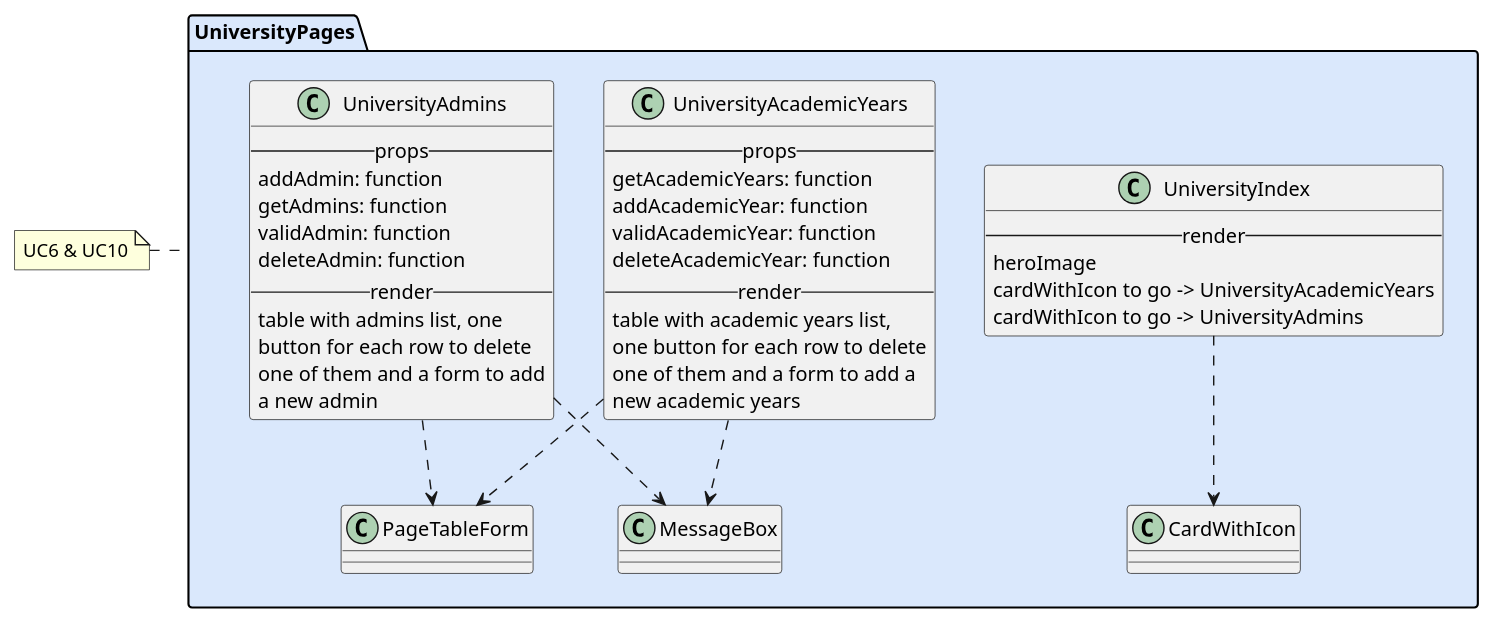
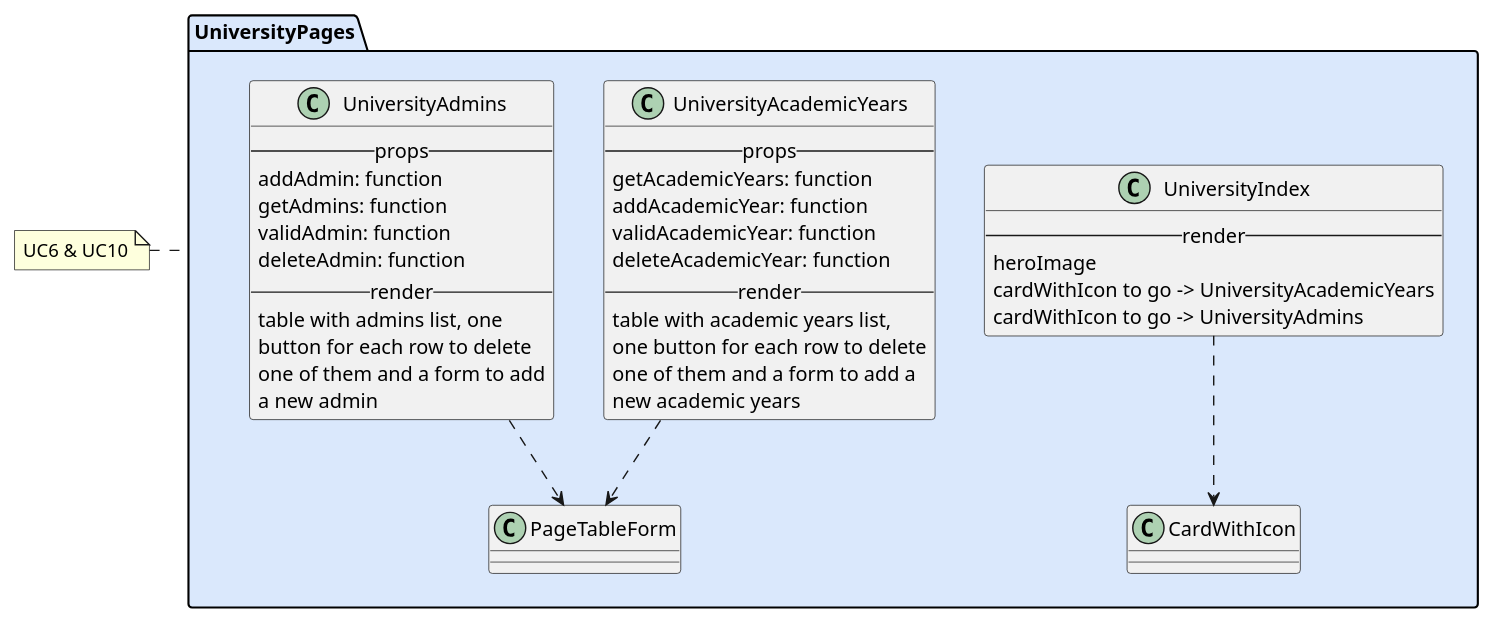
One commit to M9k/Marvin-Uml changed the diagram in react/university/index.iuml. Above: the diagram before and after it, drawn with PlantUML. The commit also changed 11 other files, not shown here.

```diff
--- a/react/university/index.iuml
+++ b/react/university/index.iuml
@@ -1,43 +1,41 @@
 package UniversityPages #DAE8FC {
 
 class UniversityIndex {
     --render--
         heroImage
         cardWithIcon to go -> UniversityAcademicYears
         cardWithIcon to go -> UniversityAdmins
 }
 UniversityIndex ..> CardWithIcon
 
 class UniversityAcademicYears {
     --props--
         getAcademicYears: function
         addAcademicYear: function
         validAcademicYear: function
         deleteAcademicYear: function
     --render--
     table with academic years list,
      one button for each row to delete
      one of them and a form to add a
      new academic years
 }
 UniversityAcademicYears ..> PageTableForm
-UniversityAcademicYears ..> MessageBox
 
 class UniversityAdmins {
     --props--
         addAdmin: function
         getAdmins: function
         validAdmin: function
         deleteAdmin: function
     --render--
     table with admins list, one
     button for each row to delete
     one of them and a form to add
     a new admin
 }
 UniversityAdmins ..> PageTableForm
-UniversityAdmins ..> MessageBox
 
 }
 
 note left of UniversityPages: UC6 & UC10
```
